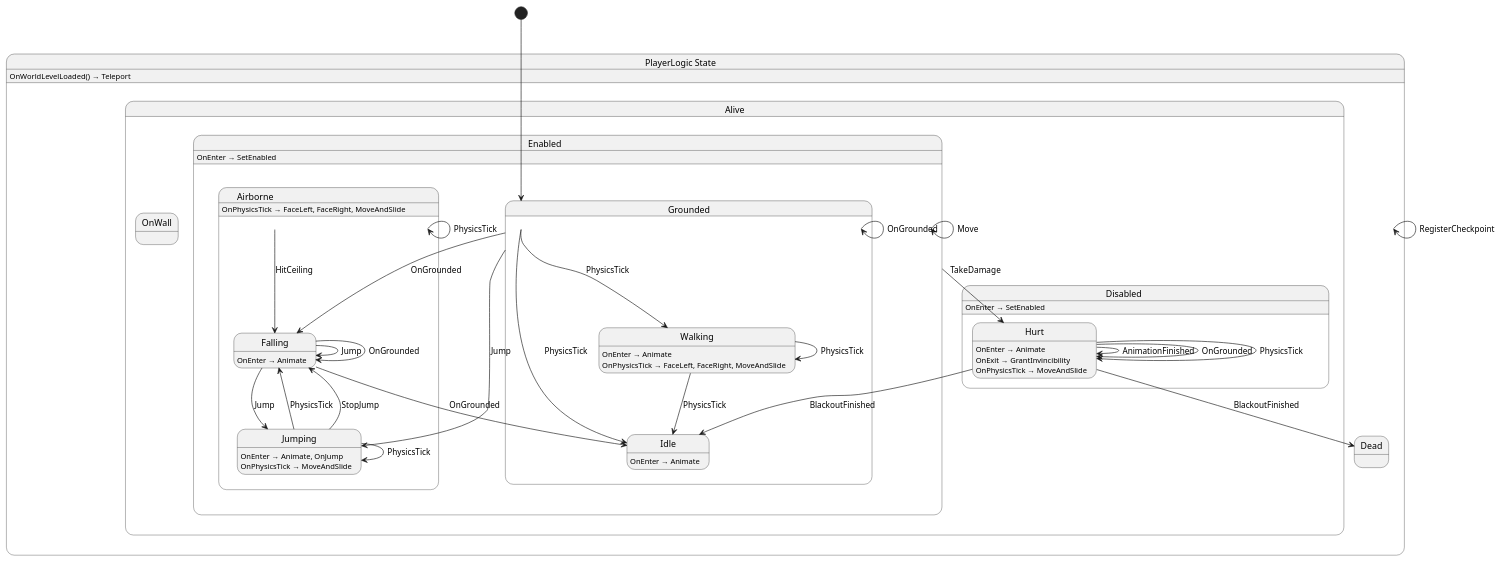
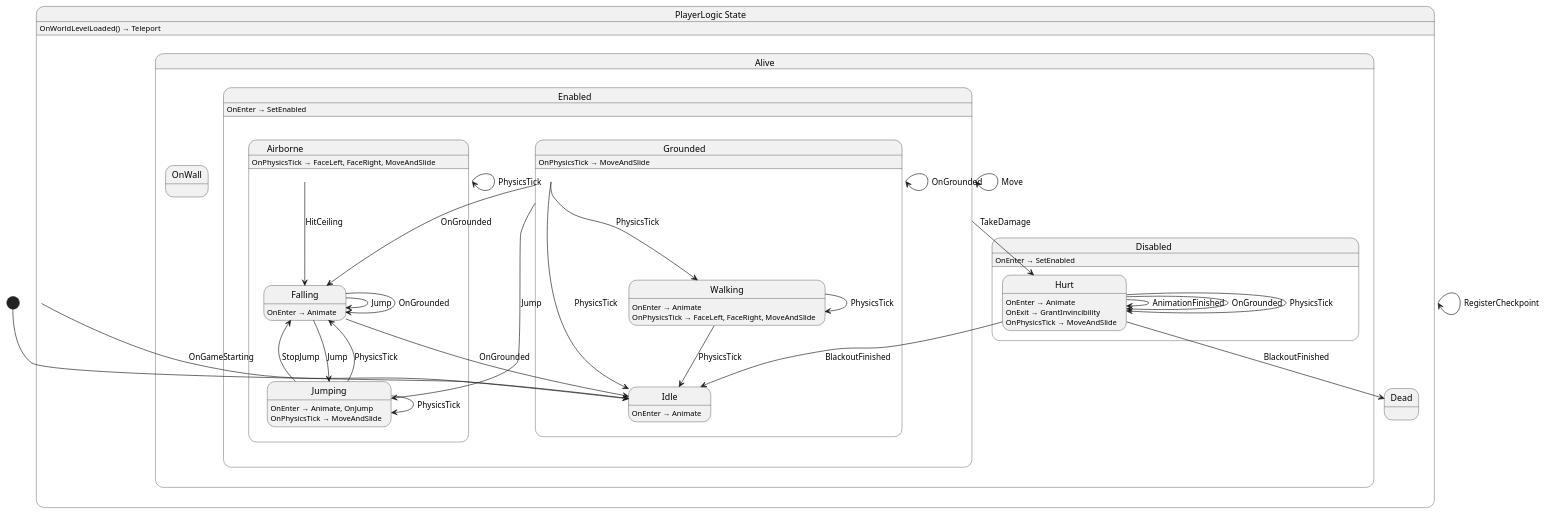
One commit to nilsiker/yolk changed the diagram in Yolk.Logic/Player/PlayerLogic.g.puml. Above: the diagram before and after it, drawn with PlantUML. The commit also changed 16 other files, not shown here.

```diff
--- a/Yolk.Logic/Player/PlayerLogic.g.puml
+++ b/Yolk.Logic/Player/PlayerLogic.g.puml
@@ -1,62 +1,64 @@
 @startuml PlayerLogic
 state "PlayerLogic State" as Yolk_Logic_Player_PlayerLogic_State {
   state "Alive" as Yolk_Logic_Player_PlayerLogic_State_Alive {
+    state "Disabled" as Yolk_Logic_Player_PlayerLogic_State_Alive_Disabled {
+      state "Hurt" as Yolk_Logic_Player_PlayerLogic_State_Alive_Disabled_Hurt
+    }
     state "Enabled" as Yolk_Logic_Player_PlayerLogic_State_Alive_Enabled {
       state "Airborne" as Yolk_Logic_Player_PlayerLogic_State_Alive_Enabled_Airborne {
         state "Falling" as Yolk_Logic_Player_PlayerLogic_State_Alive_Enabled_Airborne_Falling
         state "Jumping" as Yolk_Logic_Player_PlayerLogic_State_Alive_Enabled_Airborne_Jumping
       }
       state "Grounded" as Yolk_Logic_Player_PlayerLogic_State_Alive_Enabled_Grounded {
         state "Idle" as Yolk_Logic_Player_PlayerLogic_State_Alive_Enabled_Grounded_Idle
         state "Walking" as Yolk_Logic_Player_PlayerLogic_State_Alive_Enabled_Grounded_Walking
       }
     }
     state "OnWall" as Yolk_Logic_Player_PlayerLogic_State_Alive_Enabled_OnWall
-    state "Disabled" as Yolk_Logic_Player_PlayerLogic_State_Alive_Disabled {
-      state "Hurt" as Yolk_Logic_Player_PlayerLogic_State_Alive_Disabled_Hurt
-    }
   }
   state "Dead" as Yolk_Logic_Player_PlayerLogic_State_Dead
 }
 
 Yolk_Logic_Player_PlayerLogic_State --> Yolk_Logic_Player_PlayerLogic_State : RegisterCheckpoint
+Yolk_Logic_Player_PlayerLogic_State --> Yolk_Logic_Player_PlayerLogic_State_Alive_Enabled_Grounded_Idle : OnGameStarting
 Yolk_Logic_Player_PlayerLogic_State_Alive_Disabled_Hurt --> Yolk_Logic_Player_PlayerLogic_State_Alive_Disabled_Hurt : AnimationFinished
 Yolk_Logic_Player_PlayerLogic_State_Alive_Disabled_Hurt --> Yolk_Logic_Player_PlayerLogic_State_Alive_Disabled_Hurt : OnGrounded
 Yolk_Logic_Player_PlayerLogic_State_Alive_Disabled_Hurt --> Yolk_Logic_Player_PlayerLogic_State_Alive_Disabled_Hurt : PhysicsTick
 Yolk_Logic_Player_PlayerLogic_State_Alive_Disabled_Hurt --> Yolk_Logic_Player_PlayerLogic_State_Alive_Enabled_Grounded_Idle : BlackoutFinished
 Yolk_Logic_Player_PlayerLogic_State_Alive_Disabled_Hurt --> Yolk_Logic_Player_PlayerLogic_State_Dead : BlackoutFinished
 Yolk_Logic_Player_PlayerLogic_State_Alive_Enabled --> Yolk_Logic_Player_PlayerLogic_State_Alive_Disabled_Hurt : TakeDamage
 Yolk_Logic_Player_PlayerLogic_State_Alive_Enabled --> Yolk_Logic_Player_PlayerLogic_State_Alive_Enabled : Move
 Yolk_Logic_Player_PlayerLogic_State_Alive_Enabled_Airborne --> Yolk_Logic_Player_PlayerLogic_State_Alive_Enabled_Airborne : PhysicsTick
 Yolk_Logic_Player_PlayerLogic_State_Alive_Enabled_Airborne --> Yolk_Logic_Player_PlayerLogic_State_Alive_Enabled_Airborne_Falling : HitCeiling
 Yolk_Logic_Player_PlayerLogic_State_Alive_Enabled_Airborne_Falling --> Yolk_Logic_Player_PlayerLogic_State_Alive_Enabled_Airborne_Falling : Jump
 Yolk_Logic_Player_PlayerLogic_State_Alive_Enabled_Airborne_Falling --> Yolk_Logic_Player_PlayerLogic_State_Alive_Enabled_Airborne_Falling : OnGrounded
 Yolk_Logic_Player_PlayerLogic_State_Alive_Enabled_Airborne_Falling --> Yolk_Logic_Player_PlayerLogic_State_Alive_Enabled_Airborne_Jumping : Jump
 Yolk_Logic_Player_PlayerLogic_State_Alive_Enabled_Airborne_Falling --> Yolk_Logic_Player_PlayerLogic_State_Alive_Enabled_Grounded_Idle : OnGrounded
 Yolk_Logic_Player_PlayerLogic_State_Alive_Enabled_Airborne_Jumping --> Yolk_Logic_Player_PlayerLogic_State_Alive_Enabled_Airborne_Falling : PhysicsTick
 Yolk_Logic_Player_PlayerLogic_State_Alive_Enabled_Airborne_Jumping --> Yolk_Logic_Player_PlayerLogic_State_Alive_Enabled_Airborne_Falling : StopJump
 Yolk_Logic_Player_PlayerLogic_State_Alive_Enabled_Airborne_Jumping --> Yolk_Logic_Player_PlayerLogic_State_Alive_Enabled_Airborne_Jumping : PhysicsTick
 Yolk_Logic_Player_PlayerLogic_State_Alive_Enabled_Grounded --> Yolk_Logic_Player_PlayerLogic_State_Alive_Enabled_Airborne_Falling : OnGrounded
 Yolk_Logic_Player_PlayerLogic_State_Alive_Enabled_Grounded --> Yolk_Logic_Player_PlayerLogic_State_Alive_Enabled_Airborne_Jumping : Jump
 Yolk_Logic_Player_PlayerLogic_State_Alive_Enabled_Grounded --> Yolk_Logic_Player_PlayerLogic_State_Alive_Enabled_Grounded : OnGrounded
 Yolk_Logic_Player_PlayerLogic_State_Alive_Enabled_Grounded --> Yolk_Logic_Player_PlayerLogic_State_Alive_Enabled_Grounded_Idle : PhysicsTick
 Yolk_Logic_Player_PlayerLogic_State_Alive_Enabled_Grounded --> Yolk_Logic_Player_PlayerLogic_State_Alive_Enabled_Grounded_Walking : PhysicsTick
 Yolk_Logic_Player_PlayerLogic_State_Alive_Enabled_Grounded_Walking --> Yolk_Logic_Player_PlayerLogic_State_Alive_Enabled_Grounded_Idle : PhysicsTick
 Yolk_Logic_Player_PlayerLogic_State_Alive_Enabled_Grounded_Walking --> Yolk_Logic_Player_PlayerLogic_State_Alive_Enabled_Grounded_Walking : PhysicsTick
 
 Yolk_Logic_Player_PlayerLogic_State : OnWorldLevelLoaded() → Teleport
 Yolk_Logic_Player_PlayerLogic_State_Alive_Disabled : OnEnter → SetEnabled
 Yolk_Logic_Player_PlayerLogic_State_Alive_Disabled_Hurt : OnEnter → Animate
 Yolk_Logic_Player_PlayerLogic_State_Alive_Disabled_Hurt : OnExit → GrantInvincibility
 Yolk_Logic_Player_PlayerLogic_State_Alive_Disabled_Hurt : OnPhysicsTick → MoveAndSlide
 Yolk_Logic_Player_PlayerLogic_State_Alive_Enabled : OnEnter → SetEnabled
 Yolk_Logic_Player_PlayerLogic_State_Alive_Enabled_Airborne : OnPhysicsTick → FaceLeft, FaceRight, MoveAndSlide
 Yolk_Logic_Player_PlayerLogic_State_Alive_Enabled_Airborne_Falling : OnEnter → Animate
 Yolk_Logic_Player_PlayerLogic_State_Alive_Enabled_Airborne_Jumping : OnEnter → Animate, OnJump
 Yolk_Logic_Player_PlayerLogic_State_Alive_Enabled_Airborne_Jumping : OnPhysicsTick → MoveAndSlide
+Yolk_Logic_Player_PlayerLogic_State_Alive_Enabled_Grounded : OnPhysicsTick → MoveAndSlide
 Yolk_Logic_Player_PlayerLogic_State_Alive_Enabled_Grounded_Idle : OnEnter → Animate
 Yolk_Logic_Player_PlayerLogic_State_Alive_Enabled_Grounded_Walking : OnEnter → Animate
 Yolk_Logic_Player_PlayerLogic_State_Alive_Enabled_Grounded_Walking : OnPhysicsTick → FaceLeft, FaceRight, MoveAndSlide
 
-[*] --> Yolk_Logic_Player_PlayerLogic_State_Alive_Enabled_Grounded
+[*] --> Yolk_Logic_Player_PlayerLogic_State_Alive_Enabled_Grounded_Idle
 @enduml
```
